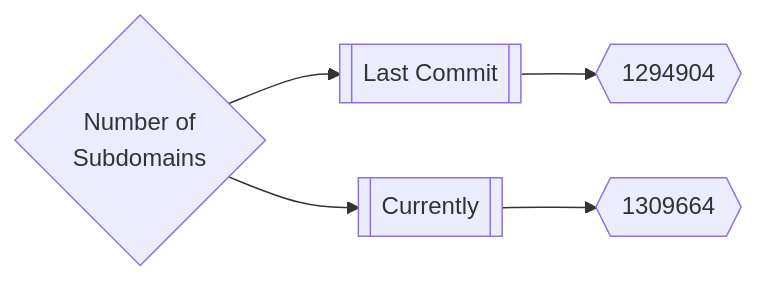
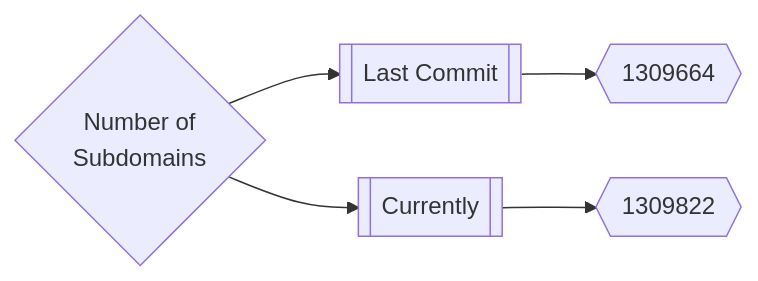
The first of 3 diagrams in README.md (trickest/inventory), drawn with Mermaid before and after one commit. The commit also changed other lines of this file and 11 other files, not shown here.

````diff
--- a/README.md
+++ b/README.md
@@ -165,5 +165,5 @@
 ```mermaid
 graph LR
-title{Number of<br>Subdomains} --> subdomainsDate1[[Last Commit]] --> subdomainsNum1{{1294904}}
-title --> subdomainsDate2[[Currently]] --> subdomainsNum2{{1309664}}
+title{Number of<br>Subdomains} --> subdomainsDate1[[Last Commit]] --> subdomainsNum1{{1309664}}
+title --> subdomainsDate2[[Currently]] --> subdomainsNum2{{1309822}}
 ```
````
